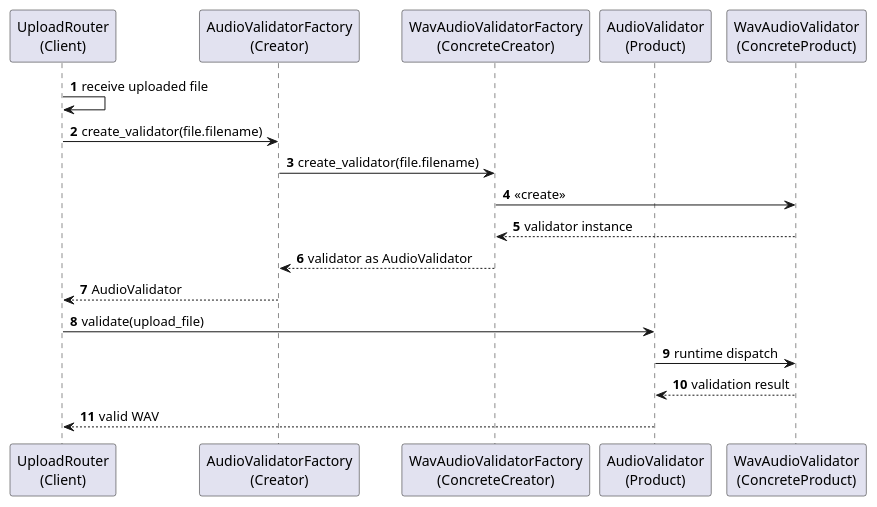
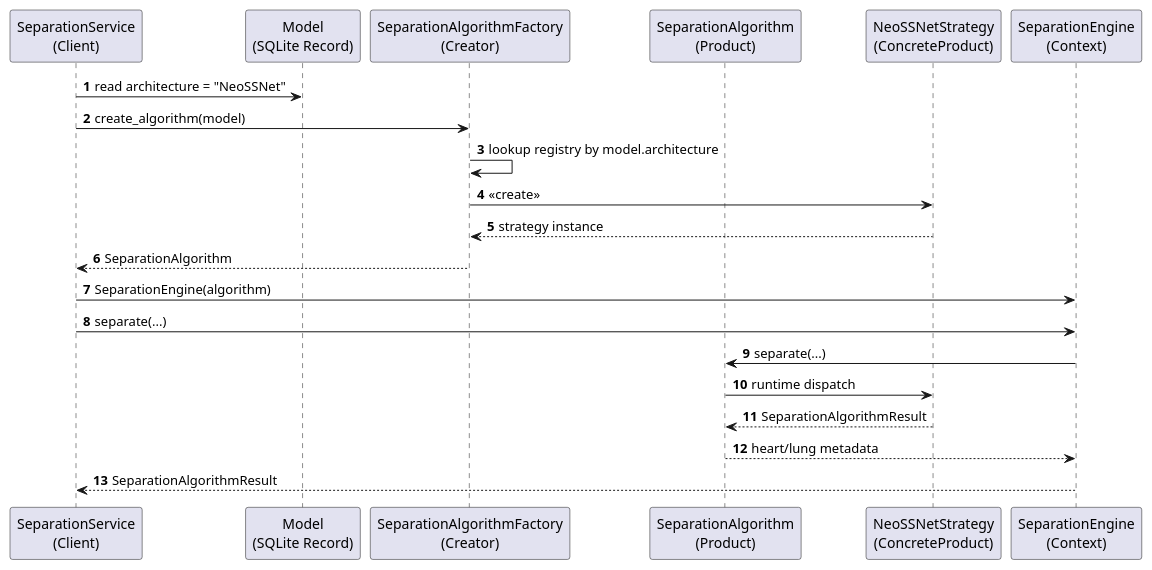
Before and after one commit to ASHRAF-2004/Machine-Learning-Based-System-for-Cardiopulmonary-Sound-Separation: the diagram in docs/software_design_report/diagrams/puml/factory_method_sequence.puml, drawn with PlantUML. The commit also changed 78 other files, not shown here.

```diff
--- a/docs/software_design_report/diagrams/puml/factory_method_sequence.puml
+++ b/docs/software_design_report/diagrams/puml/factory_method_sequence.puml
@@ -1,27 +1,29 @@
 @startuml
-' Factory Method Pattern sequence diagram.
+' Factory Method Pattern sequence diagram for algorithm selection.
 ' Suggested LaTeX placement: normal page.
 
 skinparam shadowing false
 autonumber
 
-participant "UploadRouter\n(Client)" as Router
-participant "AudioValidatorFactory\n(Creator)" as Factory
-participant "WavAudioValidatorFactory\n(ConcreteCreator)" as WavFactory
-participant "AudioValidator\n(Product)" as Product
-participant "WavAudioValidator\n(ConcreteProduct)" as WavValidator
+participant "SeparationService\n(Client)" as Service
+participant "Model\n(SQLite Record)" as Model
+participant "SeparationAlgorithmFactory\n(Creator)" as Factory
+participant "SeparationAlgorithm\n(Product)" as Product
+participant "NeoSSNetStrategy\n(ConcreteProduct)" as NeoSSNet
+participant "SeparationEngine\n(Context)" as Engine
 
-Router -> Router : receive uploaded file
-Router -> Factory : create_validator(file.filename)
-
-Factory -> WavFactory : create_validator(file.filename)
-WavFactory -> WavValidator : <<create>>
-WavValidator --> WavFactory : validator instance
-WavFactory --> Factory : validator as AudioValidator
-Factory --> Router : AudioValidator
-Router -> Product : validate(upload_file)
-Product -> WavValidator : runtime dispatch
-WavValidator --> Product : validation result
-Product --> Router : valid WAV
+Service -> Model : read architecture = "NeoSSNet"
+Service -> Factory : create_algorithm(model)
+Factory -> Factory : lookup registry by model.architecture
+Factory -> NeoSSNet : <<create>>
+NeoSSNet --> Factory : strategy instance
+Factory --> Service : SeparationAlgorithm
+Service -> Engine : SeparationEngine(algorithm)
+Service -> Engine : separate(...)
+Engine -> Product : separate(...)
+Product -> NeoSSNet : runtime dispatch
+NeoSSNet --> Product : SeparationAlgorithmResult
+Product --> Engine : heart/lung metadata
+Engine --> Service : SeparationAlgorithmResult
 
 @enduml
```
